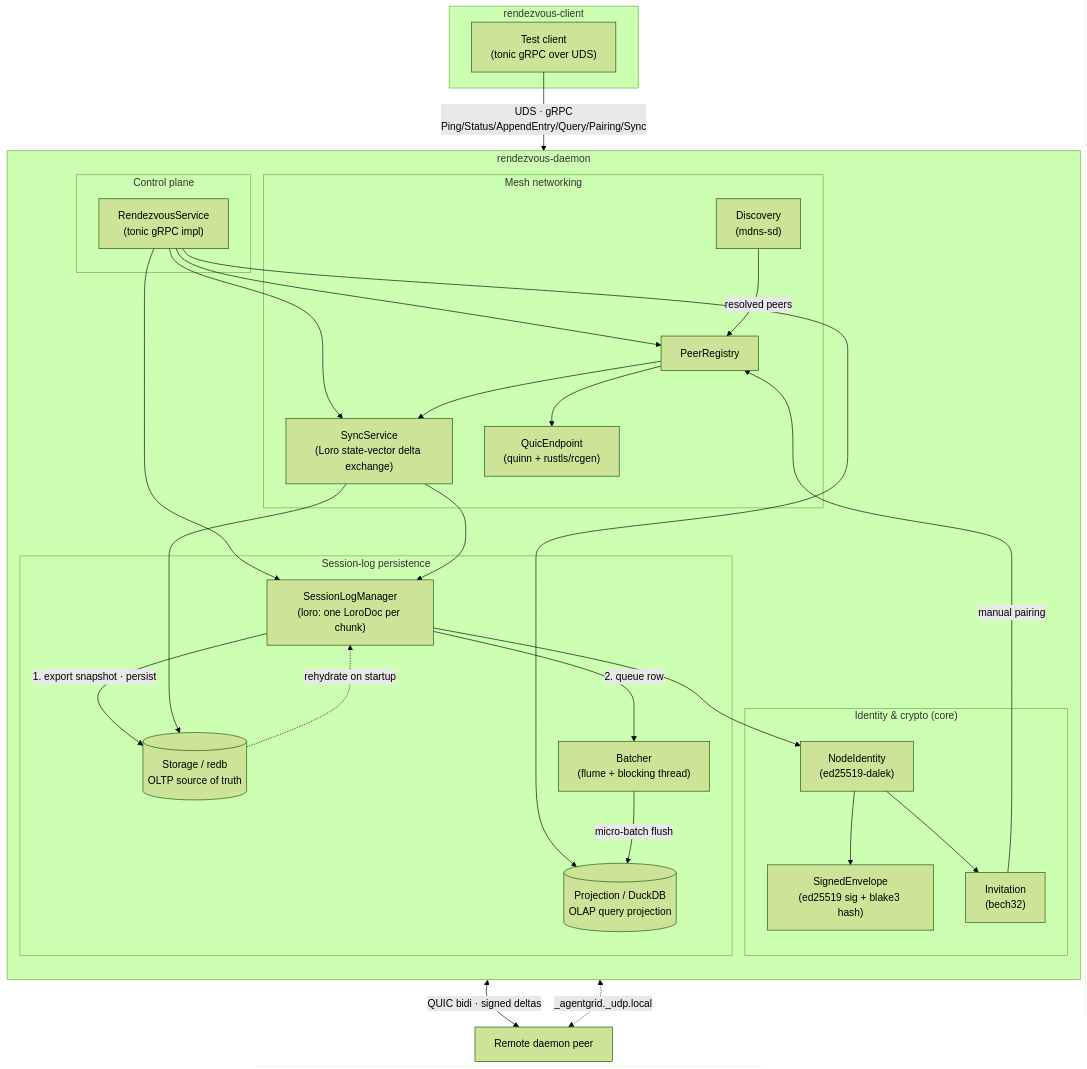
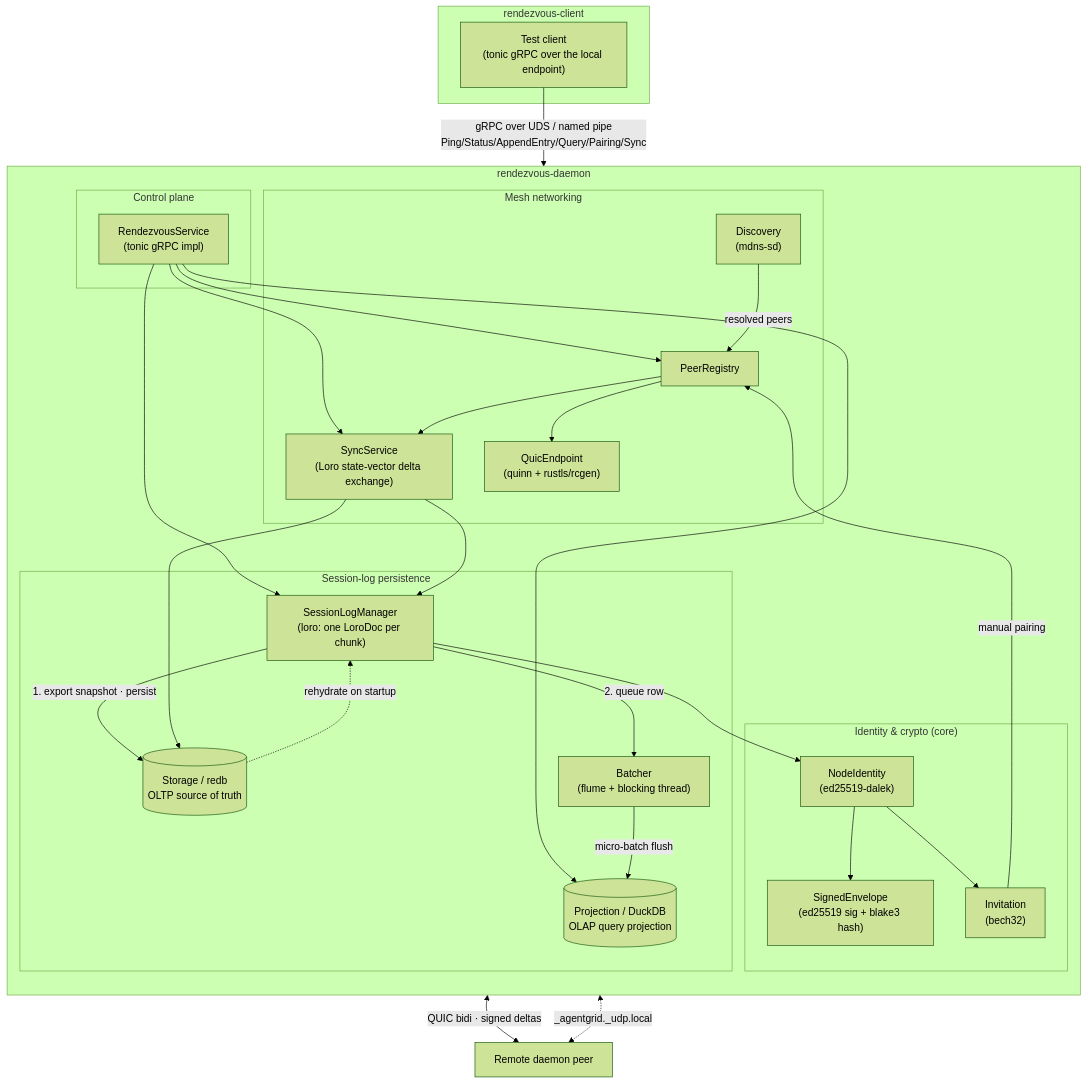
One commit to yankeeinlondon/rusty-biscuit changed the second of 2 diagrams in claudine/rendezvous/README.md. Above: the diagram before and after it, drawn with Mermaid (forest theme). The commit also changed other lines of this file and 7 other files, not shown here.

````diff
--- a/claudine/rendezvous/README.md
+++ b/claudine/rendezvous/README.md
@@ -38,62 +87,62 @@
 ```mermaid
 flowchart TB
     subgraph client["rendezvous-client"]
-        TC["Test client<br/>(tonic gRPC over UDS)"]
+        TC["Test client<br/>(tonic gRPC over the local endpoint)"]
     end
 
     subgraph daemon["rendezvous-daemon"]
         direction TB
 
         subgraph control["Control plane"]
             SVC["RendezvousService<br/>(tonic gRPC impl)"]
         end
 
         subgraph persist["Session-log persistence"]
             SLM["SessionLogManager<br/>(loro: one LoroDoc per chunk)"]
             STORE[("Storage / redb<br/>OLTP source of truth")]
             BATCH["Batcher<br/>(flume + blocking thread)"]
             PROJ[("Projection / DuckDB<br/>OLAP query projection")]
         end
 
         subgraph identity["Identity & crypto (core)"]
             NID["NodeIdentity<br/>(ed25519-dalek)"]
             ENV["SignedEnvelope<br/>(ed25519 sig + blake3 hash)"]
             INV["Invitation<br/>(bech32)"]
         end
 
         subgraph mesh["Mesh networking"]
             REG["PeerRegistry"]
             QUIC["QuicEndpoint<br/>(quinn + rustls/rcgen)"]
             DISC["Discovery<br/>(mdns-sd)"]
             SYNC["SyncService<br/>(Loro state-vector delta exchange)"]
         end
     end
 
     PEER["Remote daemon peer"]
 
-    TC -->|"UDS · gRPC<br/>Ping/Status/AppendEntry/Query/Pairing/Sync"| SVC
+    TC -->|"gRPC over UDS / named pipe<br/>Ping/Status/AppendEntry/Query/Pairing/Sync"| SVC
 
     SVC --> SLM
     SVC --> PROJ
     SVC --> REG
     SVC --> SYNC
 
     SLM -->|"1. export snapshot · persist"| STORE
     SLM -->|"2. queue row"| BATCH
     BATCH -->|"micro-batch flush"| PROJ
     STORE -.->|"rehydrate on startup"| SLM
 
     NID --> ENV
     NID --> INV
     SLM --> NID
 
     REG --> QUIC
     DISC -->|"resolved peers"| REG
     INV -->|"manual pairing"| REG
     REG --> SYNC
     SYNC --> SLM
     SYNC --> STORE
 
     QUIC <-->|"QUIC bidi · signed deltas"| PEER
     DISC <-.->|"_agentgrid._udp.local"| PEER
 ```
````
